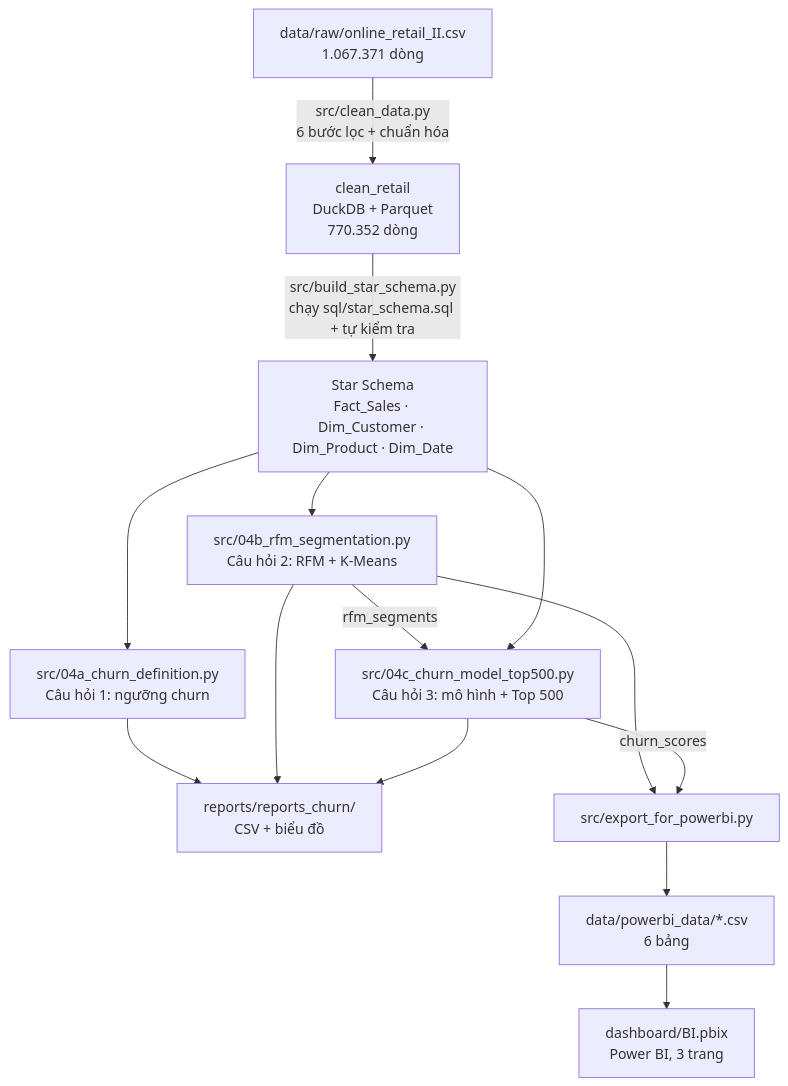
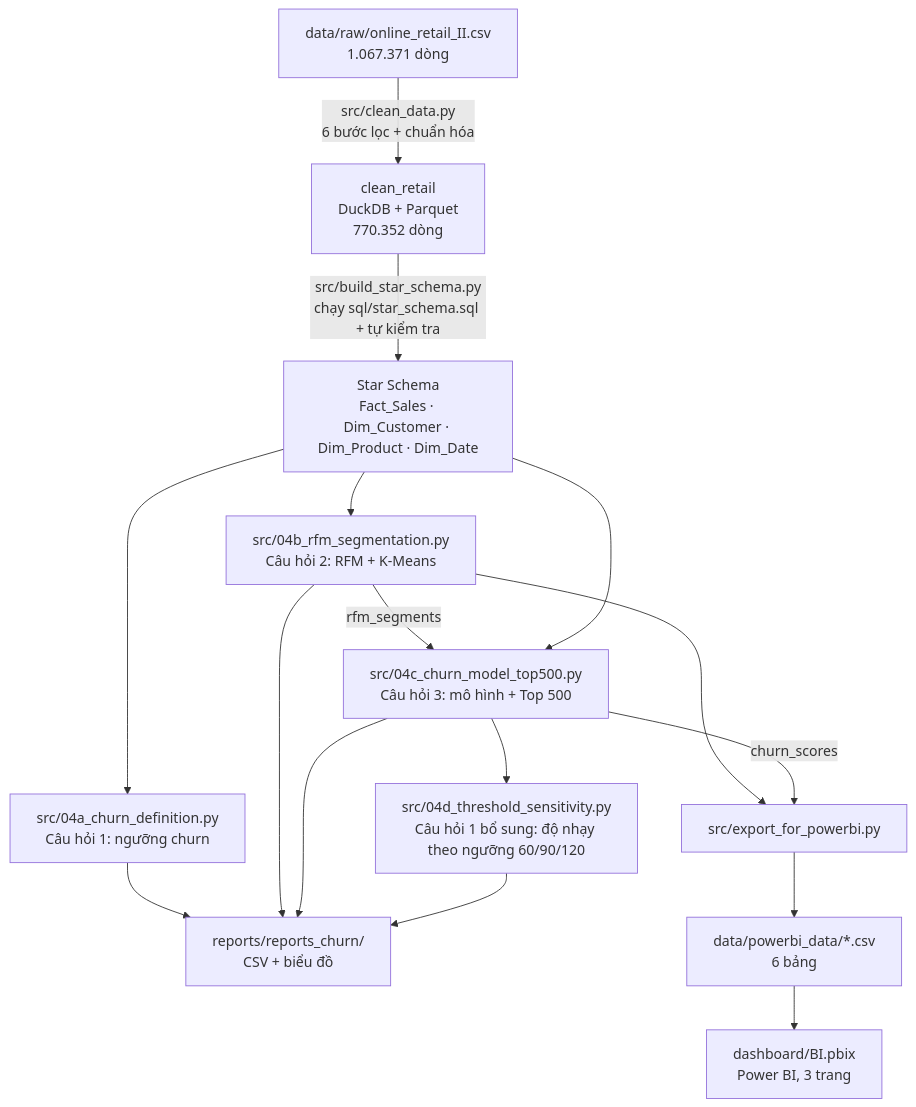
Before and after one commit to TruongTI/customer-churn-online-retail: the diagram in README.md, drawn with Mermaid. The commit also changed other lines of this file and 7 other files, not shown here.

````diff
--- a/README.md
+++ b/README.md
@@ -23,16 +23,18 @@
 ```mermaid
 flowchart TD
     A["data/raw/online_retail_II.csv<br/>1.067.371 dòng"] -->|src/clean_data.py<br/>6 bước lọc + chuẩn hóa| B["clean_retail<br/>DuckDB + Parquet<br/>770.352 dòng"]
     B -->|src/build_star_schema.py<br/>chạy sql/star_schema.sql + tự kiểm tra| C["Star Schema<br/>Fact_Sales · Dim_Customer · Dim_Product · Dim_Date"]
     C --> D["src/04a_churn_definition.py<br/>Câu hỏi 1: ngưỡng churn"]
     C --> E["src/04b_rfm_segmentation.py<br/>Câu hỏi 2: RFM + K-Means"]
     E -->|rfm_segments| F["src/04c_churn_model_top500.py<br/>Câu hỏi 3: mô hình + Top 500"]
     C --> F
     D --> R["reports/reports_churn/<br/>CSV + biểu đồ"]
     E --> R
     F --> R
+    F --> K["src/04d_threshold_sensitivity.py<br/>Câu hỏi 1 bổ sung: độ nhạy theo ngưỡng 60/90/120"]
+    K --> R
     E --> G["src/export_for_powerbi.py"]
     F -->|churn_scores| G
     G --> H["data/powerbi_data/*.csv<br/>6 bảng"]
     H --> I["dashboard/BI.pbix<br/>Power BI, 3 trang"]
 ```
````
